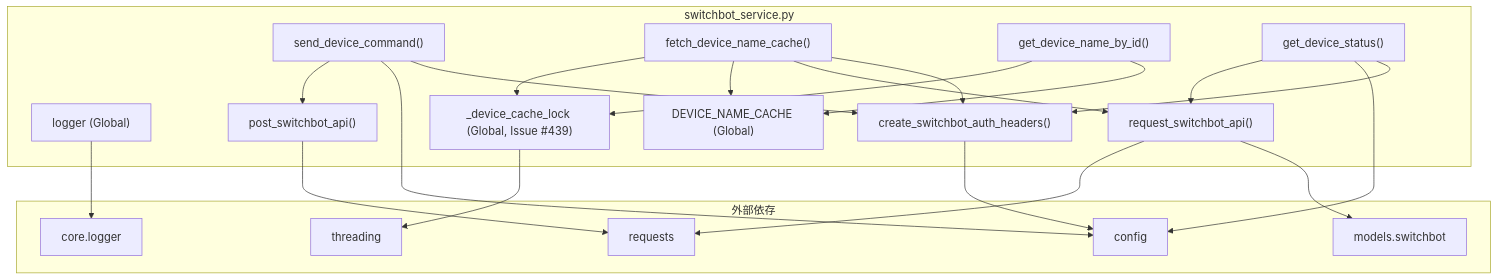
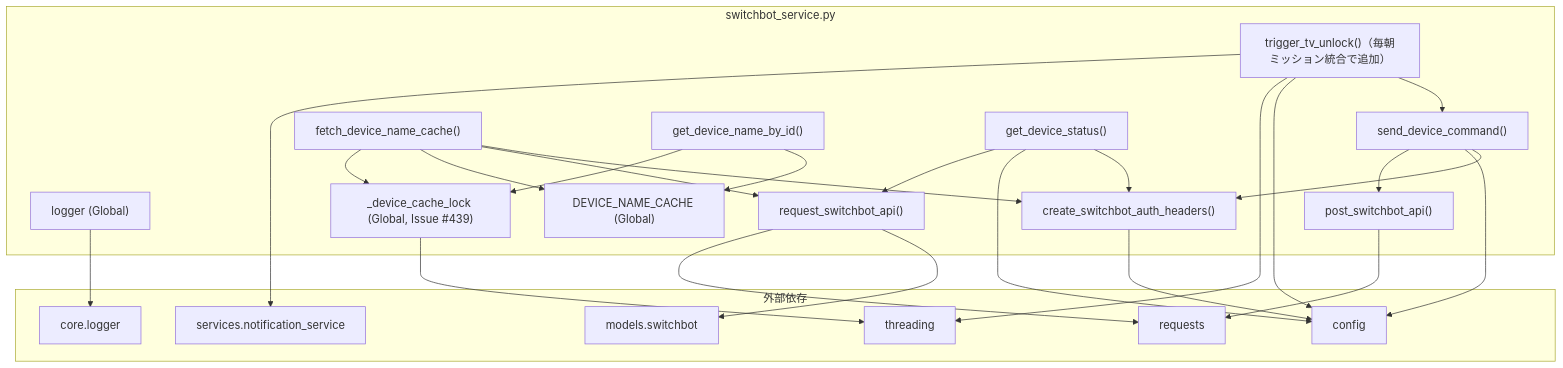
The second of 2 diagrams in docs/specifications/MY_HOME_SYSTEM/switchbot_service.md (mmtigers/my_python_project), drawn with Mermaid before and after one commit. The commit also changed other lines of this file and 16 other files, not shown here.

````diff
--- a/docs/specifications/MY_HOME_SYSTEM/switchbot_service.md
+++ b/docs/specifications/MY_HOME_SYSTEM/switchbot_service.md
@@ -257,47 +284,54 @@
 ```mermaid
 graph TD
     subgraph "switchbot_service.py"
         logger["logger (Global)"]
         DEVICE_NAME_CACHE["DEVICE_NAME_CACHE (Global)"]
         device_cache_lock["_device_cache_lock (Global, Issue #439)"]
         request_switchbot_api["request_switchbot_api()"]
         post_switchbot_api["post_switchbot_api()"]
         send_device_command["send_device_command()"]
+        trigger_tv_unlock["trigger_tv_unlock()（毎朝ミッション統合で追加）"]
         create_switchbot_auth_headers["create_switchbot_auth_headers()"]
         fetch_device_name_cache["fetch_device_name_cache()"]
         get_device_name_by_id["get_device_name_by_id()"]
         get_device_status["get_device_status()"]
     end
 
     subgraph "外部依存"
         config["config"]
         core_logger["core.logger"]
         models_switchbot["models.switchbot"]
         requests["requests"]
         threading_mod["threading"]
+        notification_service["services.notification_service"]
     end
 
     logger --> core_logger
     create_switchbot_auth_headers --> config
     request_switchbot_api --> models_switchbot
     request_switchbot_api --> requests
     post_switchbot_api --> requests
 
     send_device_command --> create_switchbot_auth_headers
     send_device_command --> config
     send_device_command --> post_switchbot_api
+
+    trigger_tv_unlock --> send_device_command
+    trigger_tv_unlock --> config
+    trigger_tv_unlock --> threading_mod
+    trigger_tv_unlock --> notification_service
 
     fetch_device_name_cache --> create_switchbot_auth_headers
     fetch_device_name_cache --> request_switchbot_api
     fetch_device_name_cache --> DEVICE_NAME_CACHE
     fetch_device_name_cache --> device_cache_lock
 
     get_device_name_by_id --> DEVICE_NAME_CACHE
     get_device_name_by_id --> device_cache_lock
     device_cache_lock --> threading_mod
 
     get_device_status --> create_switchbot_auth_headers
     get_device_status --> config
     get_device_status --> request_switchbot_api
 
 ```
````
